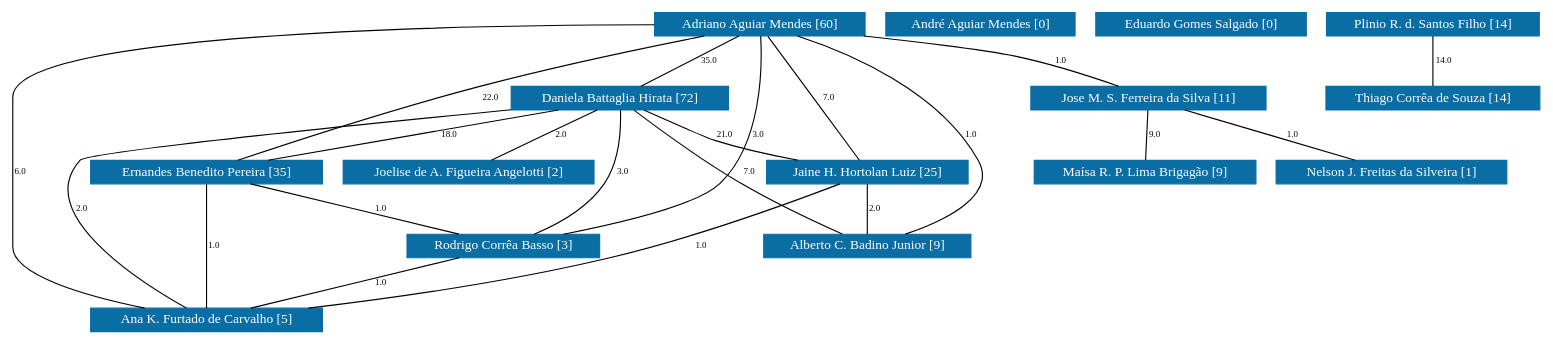
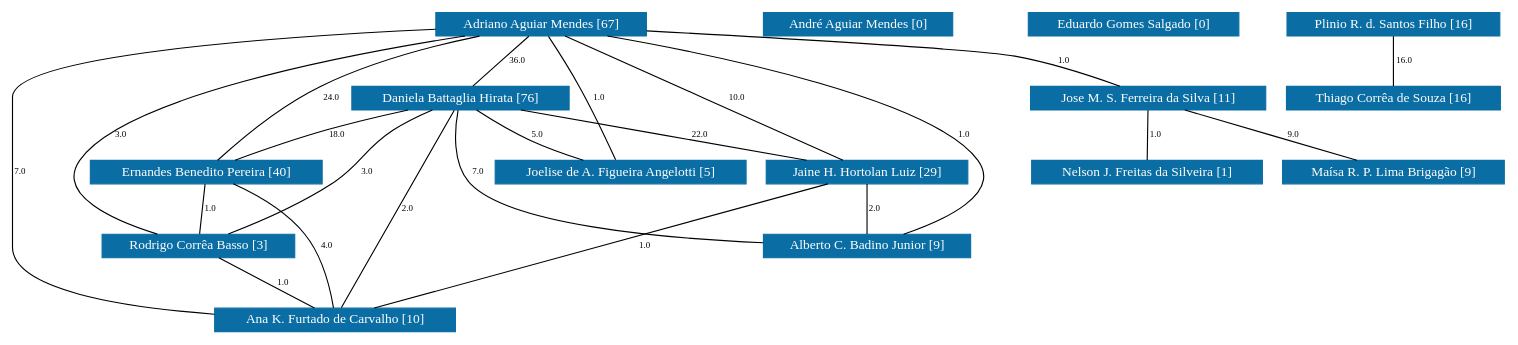
One commit to icamps/unifal-lattes.github.io changed the diagram in PPGBiotec/grafoDeColaboracoesComPesos.dot. Above: the diagram before and after it, drawn with Graphviz. The commit also changed 1227 other files, not shown here.

```diff
--- a/PPGBiotec/grafoDeColaboracoesComPesos.dot
+++ b/PPGBiotec/grafoDeColaboracoesComPesos.dot
@@ -1,5 +1,5 @@
 strict graph grafo2 {
-	graph [bb="0,0,1146.5,285",
+	graph [bb="0,0,1130,285",
 		id=grafo2,
 		overlap=False
 	];
@@ -12,189 +12,193 @@
 		color="#0A6EA4",
 		fontcolor="#FFFFFF",
 		height=0.29167,
-		label="Adriano Aguiar Mendes [60]",
-		pos="568,274.5",
+		label="Adriano Aguiar Mendes [67]",
+		pos="411,274.5",
 		width=2.1389];
 	2	 [URL="membro-5292381247624407.html",
 		color="#0A6EA4",
 		fontcolor="#FFFFFF",
 		height=0.29167,
-		label="Daniela Battaglia Hirata [72]",
-		pos="462,208.5",
+		label="Daniela Battaglia Hirata [76]",
+		pos="352,208.5",
 		width=2.1528];
 	0 -- 2	 [fontsize=8,
-		label=35.0,
-		lp="529,241.5",
-		pos="550.97,263.9 531.19,251.58 498.75,231.38 478.99,219.08"];
+		label=36.0,
+		lp="393,241.5",
+		pos="401.52,263.9 390.58,251.65 372.67,231.62 361.65,219.3"];
 	4	 [URL="membro-0524540000904823.html",
 		color="#0A6EA4",
 		fontcolor="#FFFFFF",
 		height=0.29167,
-		label="Ernandes Benedito Pereira [35]",
+		label="Ernandes Benedito Pereira [40]",
 		pos="149,142.5",
 		width=2.3056];
 	0 -- 4	 [fontsize=8,
-		label=22.0,
-		lp="368,208.5",
-		pos="524.48,263.97 482.38,253.51 416.91,236.55 361,219 293.61,197.85 215.86,168.49 175.86,153.02"];
+		label=24.0,
+		lp="258,208.5",
+		pos="369.44,263.92 336.25,254.58 289.16,239.29 251,219 215.43,200.09 178.88,169.4 160.72,153.24"];
 	5	 [URL="membro-3433047807065363.html",
 		color="#0A6EA4",
 		fontcolor="#FFFFFF",
 		height=0.29167,
-		label="Jaine H. Hortolan Luiz [25]",
-		pos="654,142.5",
+		label="Jaine H. Hortolan Luiz [29]",
+		pos="655,142.5",
 		width=2.0694];
 	0 -- 5	 [fontsize=8,
-		label=7.0,
-		lp="622,208.5",
-		pos="575.04,263.7 591.24,238.82 631.04,177.74 647.11,153.08"];
+		label=10.0,
+		lp="557,208.5",
+		pos="430.56,263.92 476.24,239.21 589.57,177.89 635.35,153.13"];
+	6	 [URL="membro-3798416800583466.html",
+		color="#0A6EA4",
+		fontcolor="#FFFFFF",
+		height=0.29167,
+		label="Joelise de A. Figueira Angelotti [5]",
+		pos="471,142.5",
+		width=2.5278];
+	0 -- 6	 [fontsize=8,
+		label=1.0,
+		lp="453,208.5",
+		pos="416.32,263.93 421.87,252.81 430.76,234.78 438,219 448.61,195.86 460.23,168.38 466.46,153.46"];
 	7	 [URL="membro-0436922594542722.html",
 		color="#0A6EA4",
 		fontcolor="#FFFFFF",
 		height=0.29167,
 		label="Jose M. S. Ferreira da Silva [11]",
-		pos="869,208.5",
+		pos="870,208.5",
 		width=2.3611];
 	0 -- 7	 [fontsize=8,
 		label=1.0,
-		lp="803,241.5",
-		pos="645.25,264.44 697,257.55 757.82,249.12 770,246 796.53,239.19 825.71,227.61 845.47,219.11"];
+		lp="807,241.5",
+		pos="488.28,269.55 585.83,263.12 744.24,252 771,246 798.26,239.89 828.05,227.81 847.76,219.01"];
 	10	 [URL="membro-4043789557049115.html",
 		color="#0A6EA4",
 		fontcolor="#FFFFFF",
 		height=0.29167,
 		label="Rodrigo Corrêa Basso [3]",
-		pos="376,76.5",
+		pos="137,76.5",
 		width=1.9444];
 	0 -- 10	 [fontsize=8,
 		label=3.0,
-		lp="568,175.5",
-		pos="569.05,263.65 570.94,237.52 572,170.44 538,132 522.49,114.46 464.75,97.497 422.61,87.038"];
+		lp="93,175.5",
+		pos="355.77,263.96 264.94,245.33 90.71,203.74 57,153 38.762,125.55 80.864,100.55 110.64,87.03"];
 	12	 [URL="membro-6244428434217018.html",
 		color="#0A6EA4",
 		fontcolor="#FFFFFF",
 		height=0.29167,
 		label="Alberto C. Badino Junior [9]",
-		pos="654,76.5",
+		pos="655,76.5",
 		width=2.1389];
 	0 -- 12	 [fontsize=8,
 		label=1.0,
-		lp="731,175.5",
-		pos="596.33,263.9 636.23,247.23 707.41,210.72 737,153 752.02,123.7 711.58,99.913 682,87.019"];
+		lp="724,175.5",
+		pos="458.19,263.98 540.69,244.52 705.46,200.54 738,153 756.93,125.35 713.54,100.5 682.63,87.055"];
 	14	 [URL="membro-8233720168272812.html",
 		color="#0A6EA4",
 		fontcolor="#FFFFFF",
 		height=0.29167,
-		label="Ana K. Furtado de Carvalho [5]",
-		pos="149,10.5",
-		width=2.375];
+		label="Ana K. Furtado de Carvalho [10]",
+		pos="243,10.5",
+		width=2.4583];
 	0 -- 14	 [fontsize=8,
-		label=6.0,
+		label=7.0,
 		lp="5,142.5",
-		pos="490.81,273.38 335.5,270.09 0,257.33 0,208.5 0,208.5 0,208.5 0,76.5 0,53.371 60.777,32.864 104.7,21.064"];
+		pos="333.69,269.8 214.64,261.51 0,241.92 0,208.5 0,208.5 0,208.5 0,76.5 0,43.44 84.824,26.406 154.24,18.002"];
 	2 -- 4	 [fontsize=8,
 		label=18.0,
-		lp="332,175.5",
-		pos="412.06,197.97 353.63,185.65 257.48,165.37 199.02,153.05"];
+		lp="247,175.5",
+		pos="304.43,197.97 284.36,193.12 260.85,186.91 240,180 216.48,172.21 190.41,161.21 172.22,153.14"];
 	2 -- 5	 [fontsize=8,
-		label=21.0,
-		lp="539,175.5",
-		pos="478.67,197.95 492.5,189.61 512.91,178.2 532,171 552.05,163.44 574.73,157.48 595.05,153"];
+		label=22.0,
+		lp="529,175.5",
+		pos="400.35,197.97 456.9,185.65 549.98,165.37 606.58,153.05"];
+	2 -- 6	 [fontsize=8,
+		label=5.0,
+		lp="407,175.5",
+		pos="364.54,197.69 374.3,189.63 388.42,178.73 402,171 414.16,164.07 428.35,157.92 440.68,153.12"];
 	2 -- 10	 [fontsize=8,
 		label=3.0,
-		lp="456,142.5",
-		pos="461.06,197.81 459.28,182.24 454.29,152.92 441,132 428.9,112.96 408.26,96.966 393.48,87.111"];
+		lp="269,142.5",
+		pos="325.34,197.98 314.57,193.2 302.28,187.02 292,180 266.3,162.44 266.29,150.15 241,132 215.4,113.62 182.96,97.269 161.18,87.157"];
 	2 -- 12	 [fontsize=8,
 		label=7.0,
-		lp="565,142.5",
-		pos="474.6,197.8 492.88,182.49 528.07,153.75 560,132 584.9,115.03 615.13,97.733 634.47,87.058"];
+		lp="366,142.5",
+		pos="349.71,197.75 346.88,181.3 344.31,149.9 361,132 389.83,101.09 500.83,87.051 577.87,80.924"];
 	2 -- 14	 [fontsize=8,
 		label=2.0,
-		lp="56,109.5",
-		pos="384.07,198.47 267.17,183.33 59.679,156.07 57,153 17.995,108.28 97.39,45.677 132.96,21.046"];
-	6	 [URL="membro-3798416800583466.html",
-		color="#0A6EA4",
-		fontcolor="#FFFFFF",
-		height=0.29167,
-		label="Joelise de A. Figueira Angelotti [2]",
-		pos="341,142.5",
-		width=2.5278];
-	2 -- 6	 [fontsize=8,
-		label=2.0,
-		lp="414,175.5",
-		pos="442.56,197.9 419.98,185.58 382.95,165.38 360.39,153.08"];
+		lp="304,109.5",
+		pos="346.14,197.85 327.21,163.48 267.86,55.652 248.89,21.198"];
 	4 -- 10	 [fontsize=8,
 		label=1.0,
-		lp="282,109.5",
-		pos="185.22,131.97 227.53,119.67 297.12,99.434 339.53,87.103"];
+		lp="149,109.5",
+		pos="147.07,131.9 144.85,119.65 141.2,99.622 138.96,87.297"];
 	4 -- 14	 [fontsize=8,
-		label=1.0,
-		lp="154,76.5",
-		pos="149,131.7 149,106.82 149,45.743 149,21.082"];
+		label=4.0,
+		lp="233,76.5",
+		pos="166.39,131.98 181.43,122.08 202.78,105.95 216,87 230.51,66.208 237.96,36.834 241.11,21.226"];
 	5 -- 12	 [fontsize=8,
 		label=2.0,
-		lp="659,109.5",
-		pos="654,131.9 654,119.65 654,99.622 654,87.297"];
+		lp="660,109.5",
+		pos="655,131.9 655,119.65 655,99.622 655,87.297"];
 	5 -- 14	 [fontsize=8,
 		label=1.0,
-		lp="522,76.5",
-		pos="630.89,131.98 594.29,115.69 520.4,84.327 455,66 380.14,45.021 292.67,30.083 230.47,21.028"];
+		lp="482,76.5",
+		pos="621.98,131.92 544.74,107.17 353,45.743 275.89,21.038"];
 	8	 [URL="membro-6853382226977684.html",
 		color="#0A6EA4",
 		fontcolor="#FFFFFF",
 		height=0.29167,
 		label="Nelson J. Freitas da Silveira [1]",
-		pos="1048,142.5",
+		pos="868,142.5",
 		width=2.2778];
 	7 -- 8	 [fontsize=8,
 		label=1.0,
-		lp="975,175.5",
-		pos="897.76,197.9 931.16,185.58 985.94,165.38 1019.3,153.08"];
+		lp="875,175.5",
+		pos="869.68,197.9 869.31,185.65 868.7,165.62 868.33,153.3"];
 	13	 [URL="membro-0963588859777460.html",
 		color="#0A6EA4",
 		fontcolor="#FFFFFF",
 		height=0.29167,
 		label="Maísa R. P. Lima Brigagão [9]",
-		pos="867,142.5",
+		pos="1049,142.5",
 		width=2.25];
 	7 -- 13	 [fontsize=8,
 		label=9.0,
-		lp="874,175.5",
-		pos="868.68,197.9 868.31,185.65 867.7,165.62 867.33,153.3"];
+		lp="976,175.5",
+		pos="898.76,197.9 932.16,185.58 986.94,165.38 1020.3,153.08"];
 	10 -- 14	 [fontsize=8,
 		label=1.0,
-		lp="282,43.5",
-		pos="339.78,65.969 297.47,53.668 227.88,33.434 185.47,21.103"];
+		lp="202,43.5",
+		pos="154.03,65.896 173.81,53.58 206.25,33.383 226.01,21.078"];
 	1	 [URL="membro-1409264122407992.html",
 		color="#0A6EA4",
 		fontcolor="#FFFFFF",
 		height=0.29167,
 		label="André Aguiar Mendes [0]",
-		pos="733,274.5",
+		pos="652,274.5",
 		width=1.9306];
 	3	 [URL="membro-2363460036599181.html",
 		color="#0A6EA4",
 		fontcolor="#FFFFFF",
 		height=0.29167,
 		label="Eduardo Gomes Salgado [0]",
-		pos="897,274.5",
+		pos="858,274.5",
 		width=2.1111];
 	9	 [URL="membro-0595142298134685.html",
 		color="#0A6EA4",
 		fontcolor="#FFFFFF",
 		height=0.29167,
-		label="Plinio R. d. Santos Filho [14]",
-		pos="1069,274.5",
+		label="Plinio R. d. Santos Filho [16]",
+		pos="1051,274.5",
 		width=2.1528];
 	11	 [URL="membro-2834667104138232.html",
 		color="#0A6EA4",
 		fontcolor="#FFFFFF",
 		height=0.29167,
-		label="Thiago Corrêa de Souza [14]",
-		pos="1069,208.5",
+		label="Thiago Corrêa de Souza [16]",
+		pos="1051,208.5",
 		width=2.1528];
 	9 -- 11	 [fontsize=8,
-		label=14.0,
-		lp="1076,241.5",
-		pos="1069,263.9 1069,251.65 1069,231.62 1069,219.3"];
+		label=16.0,
+		lp="1058,241.5",
+		pos="1051,263.9 1051,251.65 1051,231.62 1051,219.3"];
 }
```
